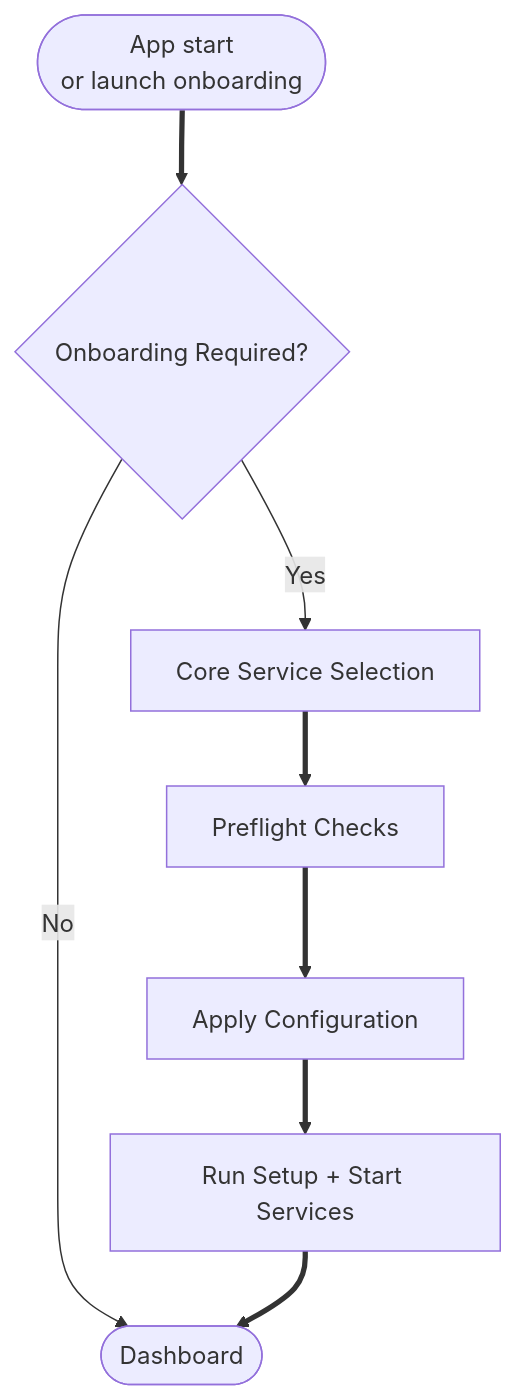
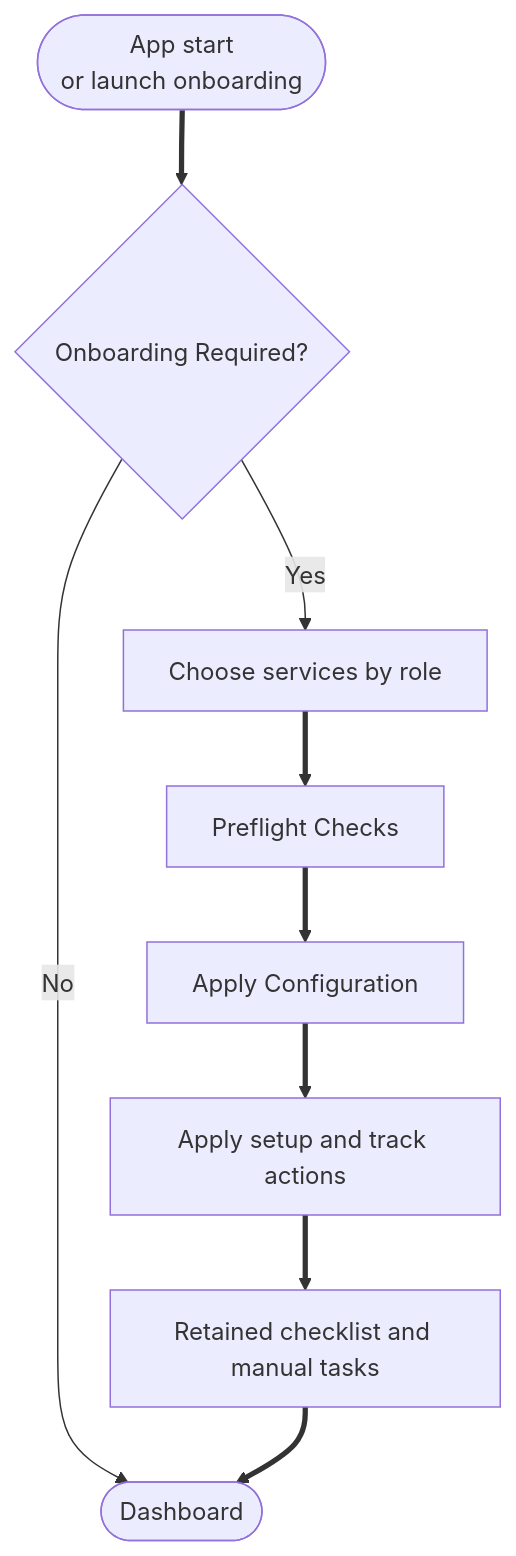
Before and after one commit to I-am-PUID-0/DUMB_docs: the diagram in docs/frontend/onboarding.md, drawn with Mermaid. The commit also changed other lines of this file and 30 other files, not shown here.

First line of the commit message:
docs(setup): explain retained checklists and native handoff

````diff
--- a/docs/frontend/onboarding.md
+++ b/docs/frontend/onboarding.md
@@ -27,19 +29,20 @@
 ```mermaid
 %%{ init: { "flowchart": { "curve": "basis" } } }%%
 flowchart TD
     A([App start<br/>or launch onboarding])
     B{Onboarding Required?}
-    C[Core Service Selection]
+    C[Choose services by role]
     D[Preflight Checks]
     E[Apply Configuration]
-    F[Run Setup + Start Services]
+    F[Apply setup and track actions]
     G([Dashboard])
 
     A ==> B
     B -- No --> G
     B -- Yes --> C
     C ==> D
     D ==> E
     E ==> F
-    F ==> G
+    F ==> H[Retained checklist and manual tasks]
+    H ==> G
 ```
````
